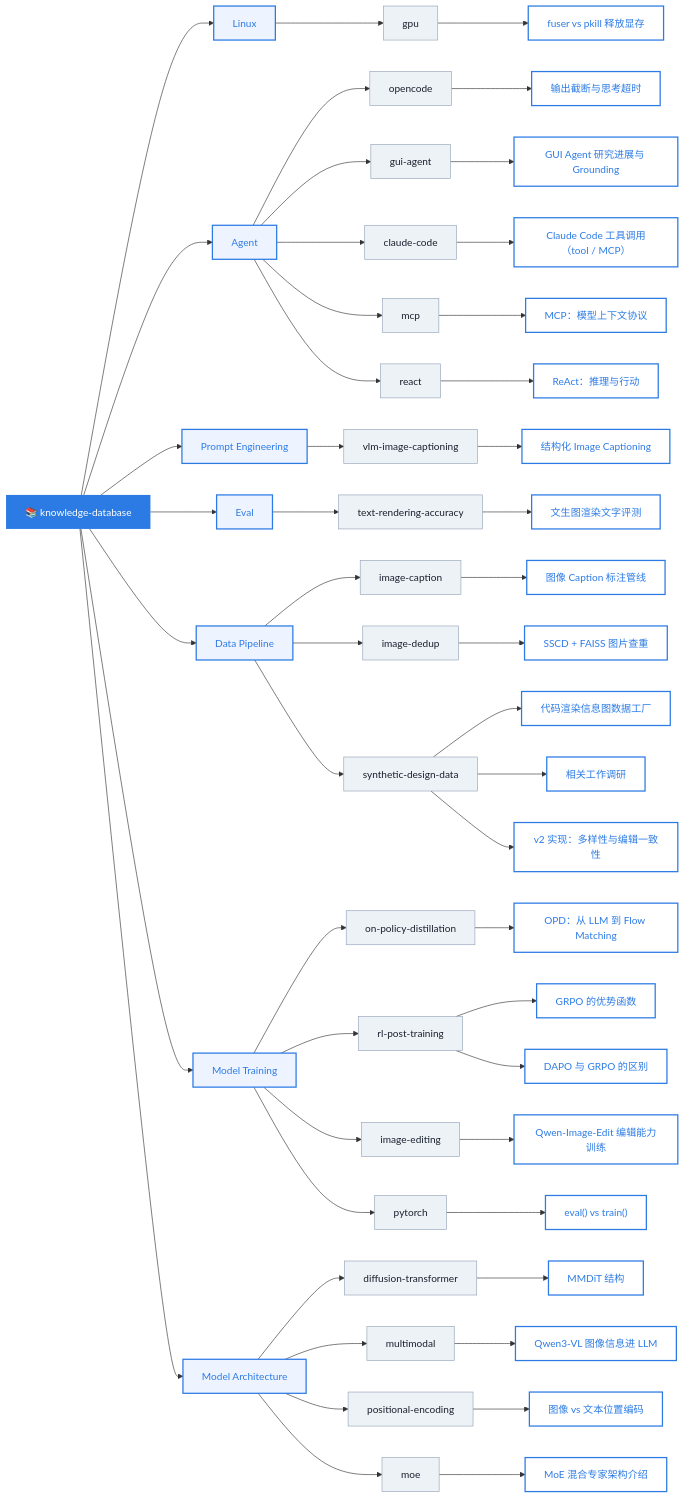
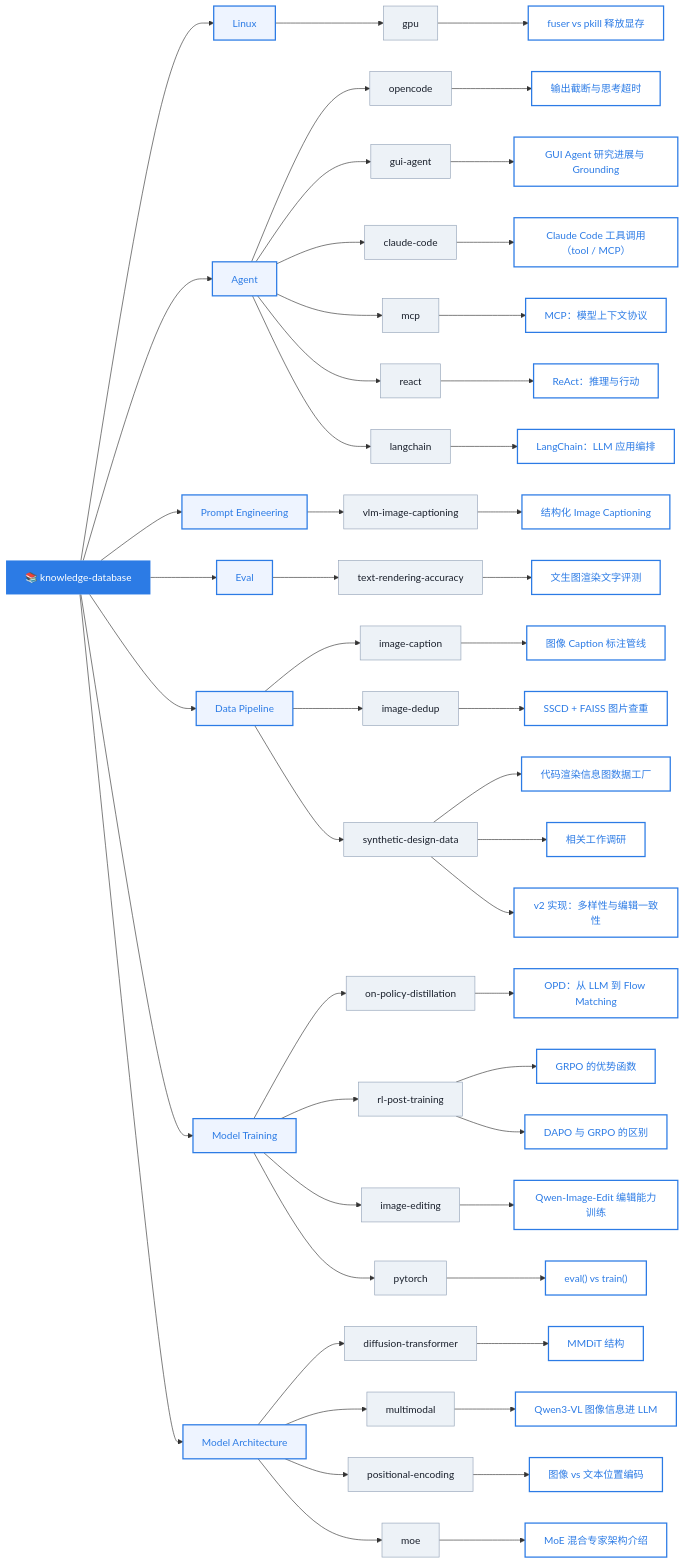
One commit to caseclose/knowledge-database changed the diagram in README.md. Above: the diagram before and after it, drawn with Mermaid. The commit also changed other lines of this file and 2 other files, not shown here.

Commit message:
add: LangChain 是什么
补充 LCEL、create_agent 与 LangGraph / LangSmith 分工，并挂到 Agent 目录和总览图。

````diff
--- a/README.md
+++ b/README.md
@@ -26,11 +26,13 @@
     Agent --> CC["claude-code"]
     Agent --> MCP["mcp"]
     Agent --> RA["react"]
+    Agent --> LC["langchain"]
     OC --> K2["输出截断与思考超时"]
     GUI --> K7["GUI Agent 研究进展与 Grounding"]
     CC --> K12["Claude Code 工具调用（tool / MCP）"]
     MCP --> K20["MCP：模型上下文协议"]
     RA --> K22["ReAct：推理与行动"]
+    LC --> K23["LangChain：LLM 应用编排"]
 
     PE --> PE1["vlm-image-captioning"]
     PE1 --> K3["结构化 Image Captioning"]
@@ -76,8 +78,8 @@
 
     class KB root
     class Linux,Agent,PE,Eval,DP,MT,MA category
-    class GPU,OC,GUI,CC,MCP,RA,PE1,EV1,DP1,DP2,DP3,OPD,RLPT,IE,PT,DT,MM,PEnc,MoE sub
-    class K1,K2,K3,K4,K5,K6,K7,K8,K9,K10,K11,K12,K13,K14,K15,K16,K17,K18,K19,K20,K21,K22 knowledge
+    class GPU,OC,GUI,CC,MCP,RA,LC,PE1,EV1,DP1,DP2,DP3,OPD,RLPT,IE,PT,DT,MM,PEnc,MoE sub
+    class K1,K2,K3,K4,K5,K6,K7,K8,K9,K10,K11,K12,K13,K14,K15,K16,K17,K18,K19,K20,K21,K22,K23 knowledge
 
     click K1 href "#/linux/gpu/fuser-vs-pkill-release-gpu-memory"
     click K2 href "#/agent/opencode/output-truncation-and-thinking-timeout"
@@ -101,4 +103,5 @@
     click K20 href "#/agent/mcp/model-context-protocol-intro"
     click K21 href "#/model-training/pytorch/eval-vs-train"
     click K22 href "#/agent/react/react-reasoning-and-acting"
+    click K23 href "#/agent/langchain/langchain-intro"
 ```
````
